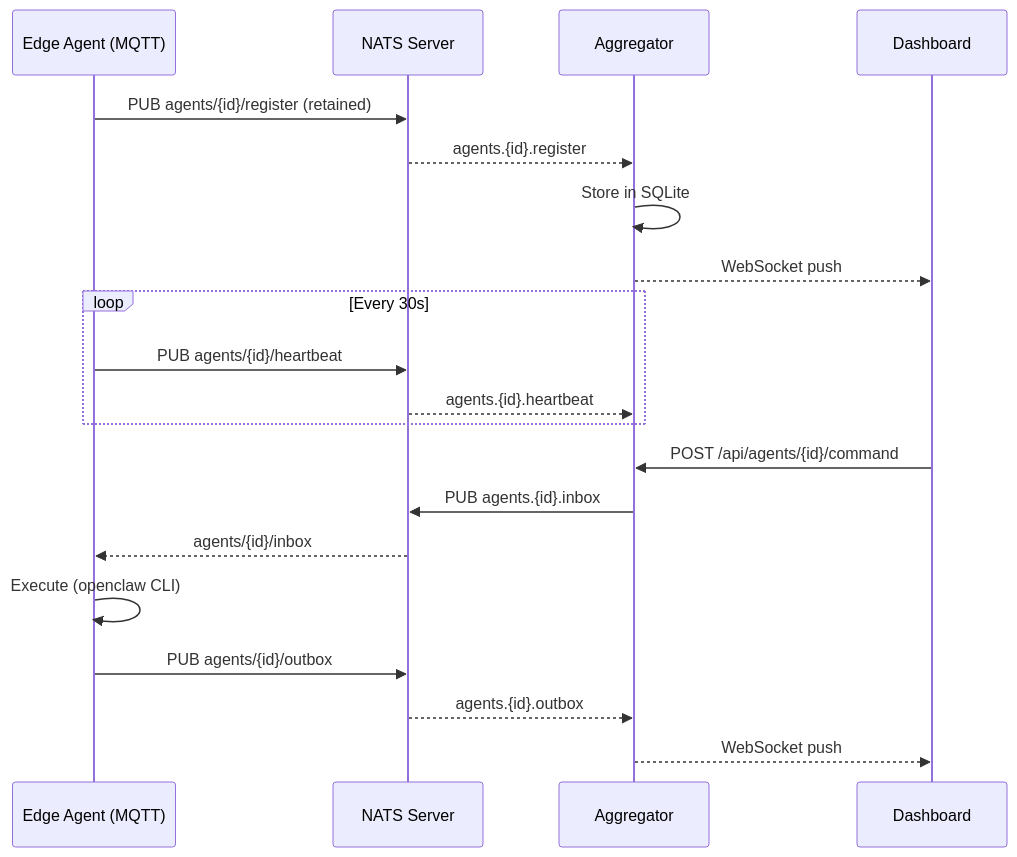
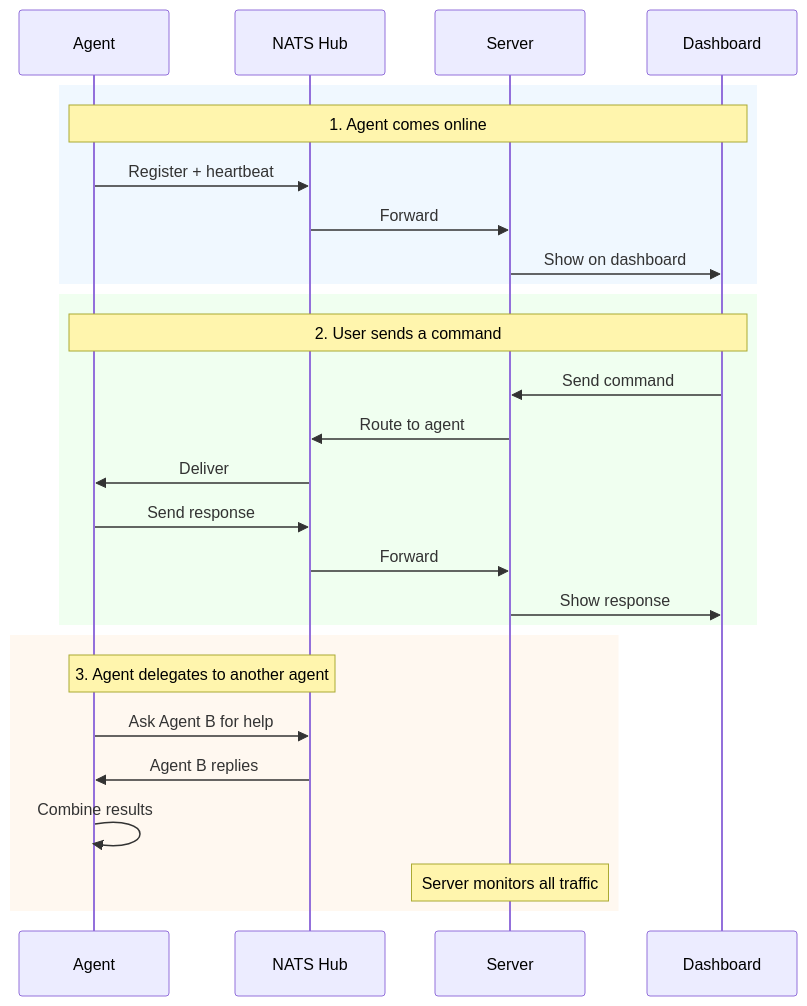
Before and after one commit to EdgeCitadelTeam/EdgeCitadel: the second of 2 diagrams in README.md, drawn with Mermaid. The commit also changed other lines of this file, not shown here.

Commit message:
docs(readme): add features, P2P delegation, and beautified architecture diagrams
- Add Features section (dashboard, P2P delegation, flow graph, task board, etc.)
- Rewrite tagline to lead with value instead of protocol names
- Beautify architecture diagram (LR flow, clean subgraphs, single MQTT edge)
- Add unified communication flow diagram with 3 color-coded sections
- Add P2P delegation explanation with guardrails summary
- Clarify inbox/outbox dual purpose in subjects table

````diff
--- a/README.md
+++ b/README.md
@@ -85,25 +101,32 @@
 ```mermaid
 sequenceDiagram
-    participant Agent as Edge Agent (MQTT)
-    participant NATS as NATS Server
-    participant Agg as Aggregator
+    participant Agent as Agent
+    participant Hub as NATS Hub
+    participant Server as Server
     participant UI as Dashboard
 
-    Agent->>NATS: PUB agents/{id}/register (retained)
-    NATS-->>Agg: agents.{id}.register
-    Agg->>Agg: Store in SQLite
-    Agg-->>UI: WebSocket push
-
-    loop Every 30s
-        Agent->>NATS: PUB agents/{id}/heartbeat
-        NATS-->>Agg: agents.{id}.heartbeat
+    rect rgb(240, 248, 255)
+        Note over Agent,UI: 1. Agent comes online
+        Agent->>Hub: Register + heartbeat
+        Hub->>Server: Forward
+        Server->>UI: Show on dashboard
     end
 
-    UI->>Agg: POST /api/agents/{id}/command
-    Agg->>NATS: PUB agents.{id}.inbox
-    NATS-->>Agent: agents/{id}/inbox
-    Agent->>Agent: Execute (openclaw CLI)
-    Agent->>NATS: PUB agents/{id}/outbox
-    NATS-->>Agg: agents.{id}.outbox
-    Agg-->>UI: WebSocket push
+    rect rgb(240, 255, 240)
+        Note over Agent,UI: 2. User sends a command
+        UI->>Server: Send command
+        Server->>Hub: Route to agent
+        Hub->>Agent: Deliver
+        Agent->>Hub: Send response
+        Hub->>Server: Forward
+        Server->>UI: Show response
+    end
+
+    rect rgb(255, 248, 240)
+        Note over Agent,Hub: 3. Agent delegates to another agent
+        Agent->>Hub: Ask Agent B for help
+        Hub->>Agent: Agent B replies
+        Agent->>Agent: Combine results
+        Note over Server: Server monitors all traffic
+    end
 ```
````
